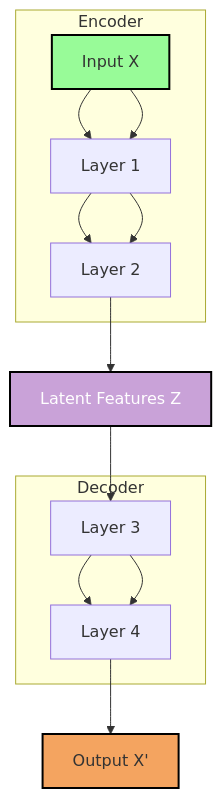
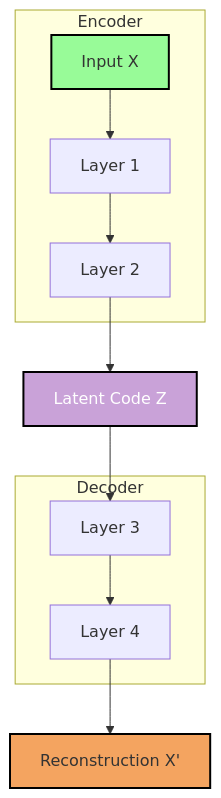
One commit to aarnphm/aarnphm.github.io changed the diagram in content/thoughts/autoencoders.md. Above: the diagram before and after it, drawn with Mermaid. The commit also changed other lines of this file and 84 other files, not shown here.

````diff
--- a/content/thoughts/autoencoders.md
+++ b/content/thoughts/autoencoders.md
@@ -18,21 +16,24 @@
 ```mermaid
 graph TD
     A[Input X] --> B[Layer 1]
     B --> C[Layer 2]
-    C --> D[Latent Features Z]
+    C --> D[Latent Code Z]
     D --> E[Layer 3]
     E --> F[Layer 4]
-    F --> G[Output X']
+    F --> G[Reconstruction X']
 
     subgraph Encoder
-        A --> B --> C
+        A
+        B
+        C
     end
 
     subgraph Decoder
-        E --> F
+        E
+        F
     end
 
     style D fill:#c9a2d8,stroke:#000,stroke-width:2px,color:#fff
     style A fill:#98FB98,stroke:#000,stroke-width:2px
     style G fill:#F4A460,stroke:#000,stroke-width:2px
 ```
````
